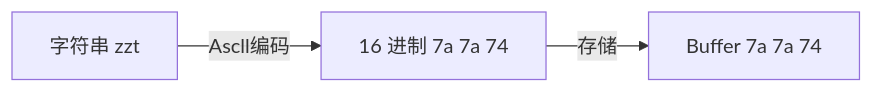
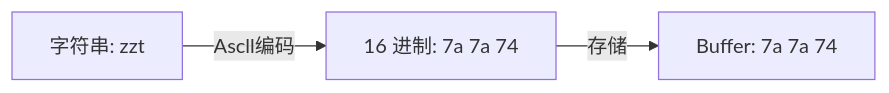
One commit to Zt2tzzt/NODE-ADVANCED changed the diagram in 02-二进制-Buffer-Stream.md. Above: the diagram before and after it, drawn with Mermaid. The commit also changed other lines of this file, not shown here.

````diff
--- a/02-二进制-Buffer-Stream.md
+++ b/02-二进制-Buffer-Stream.md
@@ -68,5 +68,5 @@
 ```mermaid
 graph LR
-A[字符串 zzt] -->|Ascll编码| B[16 进制 7a 7a 74]
-    B -->|存储| C[Buffer 7a 7a 74]
+A[字符串: zzt] -->|Ascll编码| B[16 进制: 7a 7a 74]
+    B -->|存储| C[Buffer: 7a 7a 74]
 ```
````
